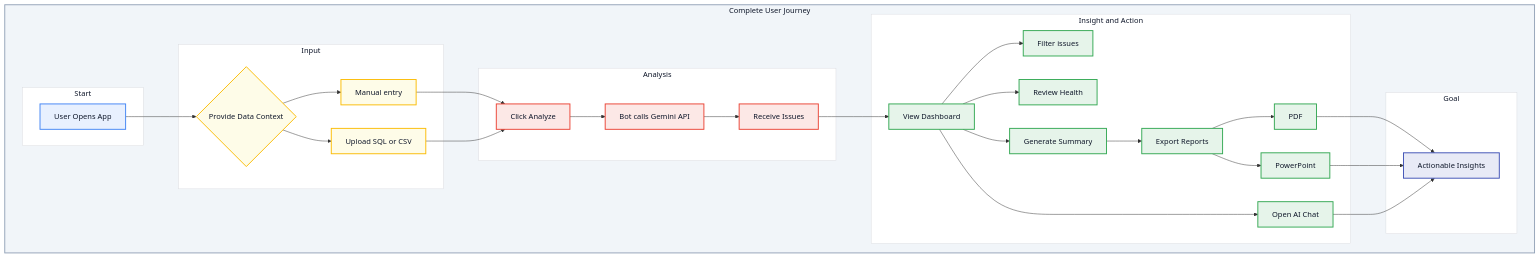
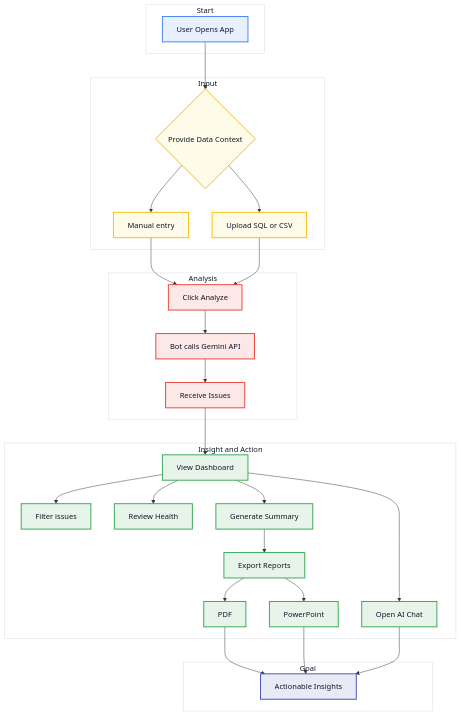
One commit to chtsalvishal/DQ_Gen_AI_Bot changed the second of 2 diagrams in README.md. Above: the diagram before and after it, drawn with Mermaid. The commit also changed other lines of this file, not shown here.

Commit message:
feat: Update README architecture diagram
Adjusted the Mermaid diagram in the README to use "Arial" font family and refined the layout for better readability.

````diff
--- a/README.md
+++ b/README.md
@@ -76,62 +71,57 @@
 ```mermaid
-%%{init: { 'themeVariables': { 'fontSize': '16px', 'fontFamily': 'Inter' } }}%%
+%%{init: { 'themeVariables': { 'fontSize': '16px', 'fontFamily': 'Arial' } }}%%
 graph TD
-    subgraph journey [Complete User Journey]
-        subgraph sg1 [Start]
-            A[User Opens App]:::startNode
-        end
+    subgraph sg1 [Start]
+        A[User Opens App]:::startNode
+    end
 
-        subgraph sg2 [Input]
-            B{Provide Data Context}:::inputNode
-            B1[Manual entry]:::inputNode
-            B2[Upload SQL or CSV]:::inputNode
-        end
-        
-        subgraph sg3 [Analysis]
-            C[Click Analyze]:::analysisNode
-            D[Bot calls Gemini API]:::analysisNode
-            E[Receive Issues]:::analysisNode
-        end
-
-        subgraph sg4 [Insight and Action]
-            F[View Dashboard]:::insightNode
-            F1[Filter issues]:::insightNode
-            F2[Review Health]:::insightNode
-            G[Open AI Chat]:::insightNode
-            H[Generate Summary]:::insightNode
-            I[Export Reports]:::insightNode
-            I1[PDF]:::insightNode
-            I2[PowerPoint]:::insightNode
-        end
-        
-        subgraph sg5 [Goal]
-           J[Actionable Insights]:::goalNode
-        end
-
-        A --> B
-        B --> B1 & B2
-        B1 --> C
-        B2 --> C
-        C --> D --> E --> F
-        F --> F1 & F2 & G & H
-        H --> I --> I1 & I2
-        I1 --> J
-        I2 --> J
-        G --> J
+    subgraph sg2 [Input]
+        B{Provide Data Context}:::inputNode
+        B1[Manual entry]:::inputNode
+        B2[Upload SQL or CSV]:::inputNode
     end
     
-    class journey container
+    subgraph sg3 [Analysis]
+        C[Click Analyze]:::analysisNode
+        D[Bot calls Gemini API]:::analysisNode
+        E[Receive Issues]:::analysisNode
+    end
 
+    subgraph sg4 [Insight and Action]
+        F[View Dashboard]:::insightNode
+        F1[Filter issues]:::insightNode
+        F2[Review Health]:::insightNode
+        G[Open AI Chat]:::insightNode
+        H[Generate Summary]:::insightNode
+        I[Export Reports]:::insightNode
+        I1[PDF]:::insightNode
+        I2[PowerPoint]:::insightNode
+    end
+    
+    subgraph sg5 [Goal]
+       J[Actionable Insights]:::goalNode
+    end
+
+    A --> B
+    B --> B1 & B2
+    B1 --> C
+    B2 --> C
+    C --> D --> E --> F
+    F --> F1 & F2 & G & H
+    H --> I --> I1 & I2
+    I1 --> J
+    I2 --> J
+    G --> J
+    
     style sg1 fill:#FFFFFF,stroke:#DADCE0,color:#0f172a
     style sg2 fill:#FFFFFF,stroke:#DADCE0,color:#0f172a
     style sg3 fill:#FFFFFF,stroke:#DADCE0,color:#0f172a
     style sg4 fill:#FFFFFF,stroke:#DADCE0,color:#0f172a
     style sg5 fill:#FFFFFF,stroke:#DADCE0,color:#0f172a
     
-    classDef container fill:#f1f5f9,stroke:#94a3b8,stroke-width:2px,color:#0f172a
     classDef startNode fill:#E8F0FE,stroke:#4285F4,stroke-width:2px,color:#0f172a
     classDef inputNode fill:#FEFCE8,stroke:#FBBC05,stroke-width:2px,color:#0f172a
     classDef analysisNode fill:#FCE8E6,stroke:#EA4335,stroke-width:2px,color:#0f172a
     classDef insightNode fill:#E6F4EA,stroke:#34A853,stroke-width:2px,color:#0f172a
     classDef goalNode fill:#E8EAF6,stroke:#3F51B5,stroke-width:2px,color:#0f172a
 ```
````
